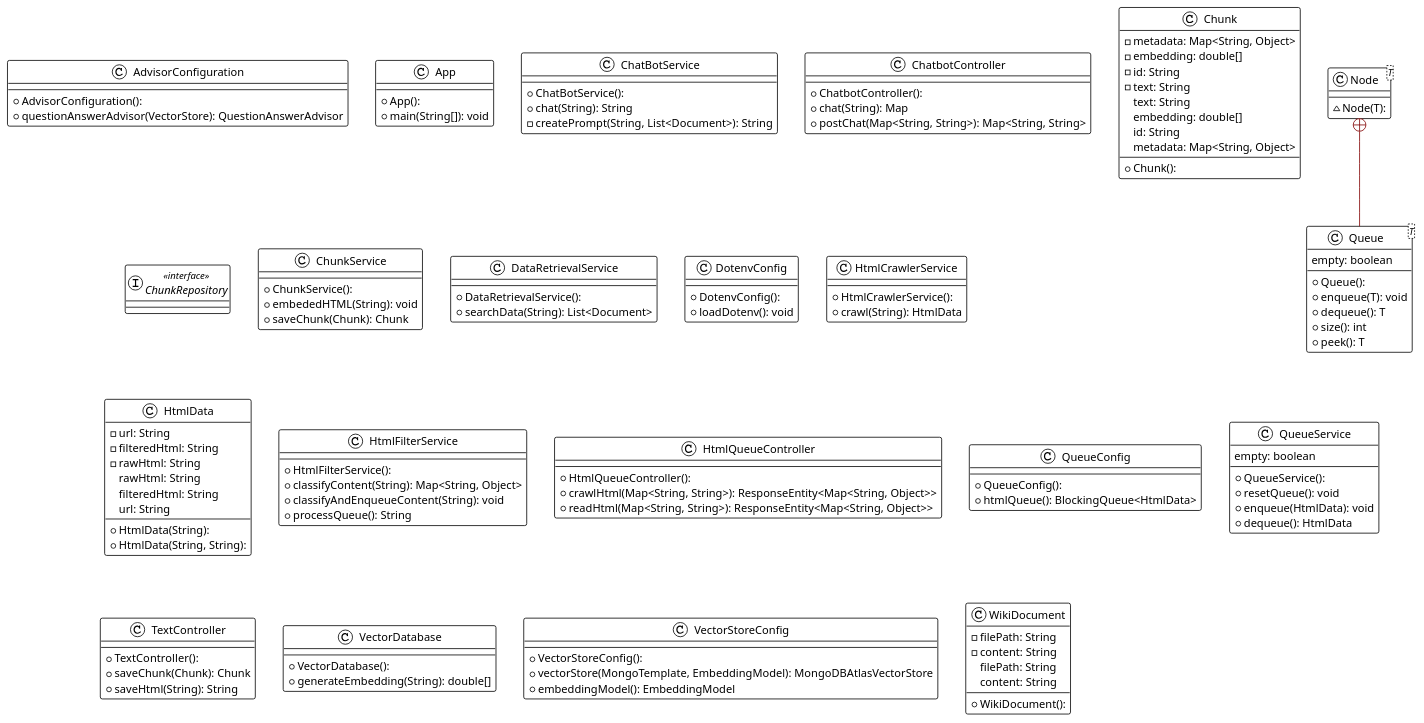
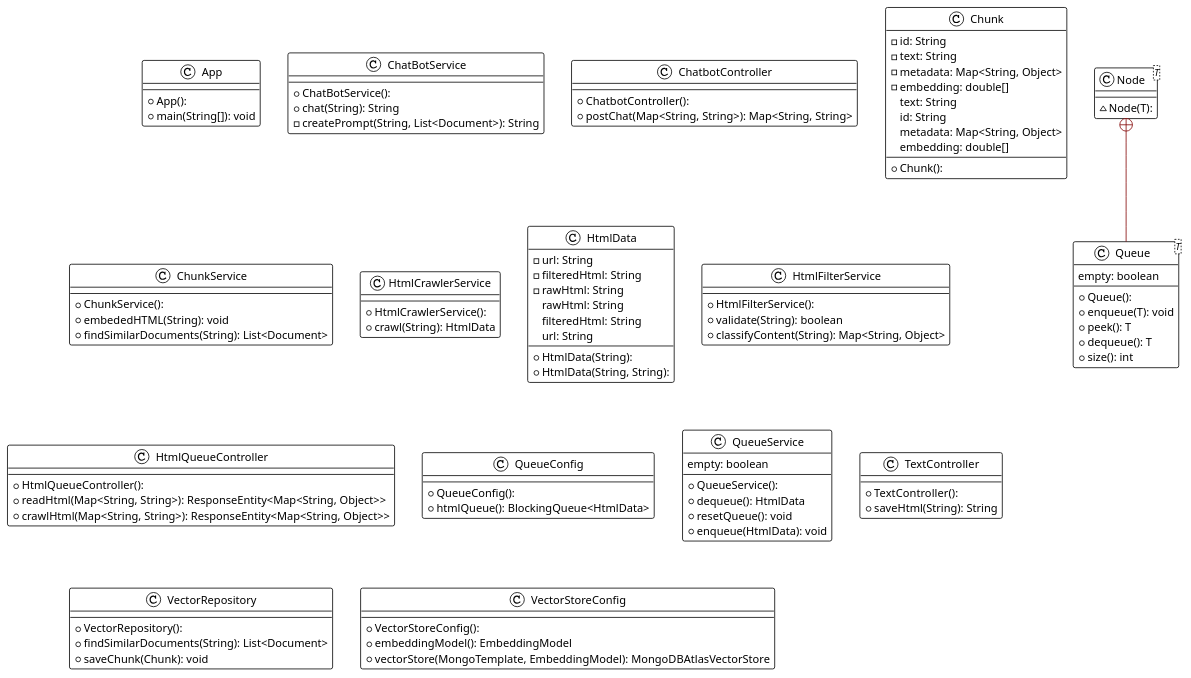
Before and after one commit to dinhtanloc/Scrawler-Web-data-using-DSA-Algorithm: the diagram in backend/src/main/resources/uml/system-architecture.plantuml, drawn with PlantUML. The commit also changed 1 other file, not shown here.

Commit message:
update plantUML

```diff
--- a/backend/src/main/resources/uml/system-architecture.plantuml
+++ b/backend/src/main/resources/uml/system-architecture.plantuml
@@ -1,120 +1,98 @@
 @startuml
 
 !theme plain
 top to bottom direction
 skinparam linetype ortho
 
-class AdvisorConfiguration {
-  + AdvisorConfiguration(): 
-  + questionAnswerAdvisor(VectorStore): QuestionAnswerAdvisor
-}
 class App {
   + App(): 
   + main(String[]): void
 }
 class ChatBotService {
   + ChatBotService(): 
   + chat(String): String
   - createPrompt(String, List<Document>): String
 }
 class ChatbotController {
   + ChatbotController(): 
-  + chat(String): Map
   + postChat(Map<String, String>): Map<String, String>
 }
 class Chunk {
   + Chunk(): 
+  - id: String
+  - text: String
   - metadata: Map<String, Object>
   - embedding: double[]
-  - id: String
-  - text: String
    text: String
-   embedding: double[]
    id: String
    metadata: Map<String, Object>
+   embedding: double[]
 }
-interface ChunkRepository << interface >>
 class ChunkService {
   + ChunkService(): 
   + embededHTML(String): void
-  + saveChunk(Chunk): Chunk
-}
-class DataRetrievalService {
-  + DataRetrievalService(): 
-  + searchData(String): List<Document>
-}
-class DotenvConfig {
-  + DotenvConfig(): 
-  + loadDotenv(): void
+  + findSimilarDocuments(String): List<Document>
 }
 class HtmlCrawlerService {
   + HtmlCrawlerService(): 
   + crawl(String): HtmlData
 }
 class HtmlData {
   + HtmlData(String): 
   + HtmlData(String, String): 
   - url: String
   - filteredHtml: String
   - rawHtml: String
    rawHtml: String
    filteredHtml: String
    url: String
 }
 class HtmlFilterService {
   + HtmlFilterService(): 
+  + validate(String): boolean
   + classifyContent(String): Map<String, Object>
-  + classifyAndEnqueueContent(String): void
-  + processQueue(): String
 }
 class HtmlQueueController {
   + HtmlQueueController(): 
+  + readHtml(Map<String, String>): ResponseEntity<Map<String, Object>>
   + crawlHtml(Map<String, String>): ResponseEntity<Map<String, Object>>
-  + readHtml(Map<String, String>): ResponseEntity<Map<String, Object>>
 }
 class Node<T> {
   ~ Node(T): 
 }
 class Queue<T> {
   + Queue(): 
   + enqueue(T): void
+  + peek(): T
   + dequeue(): T
   + size(): int
-  + peek(): T
    empty: boolean
 }
 class QueueConfig {
   + QueueConfig(): 
   + htmlQueue(): BlockingQueue<HtmlData>
 }
 class QueueService {
   + QueueService(): 
+  + dequeue(): HtmlData
   + resetQueue(): void
   + enqueue(HtmlData): void
-  + dequeue(): HtmlData
    empty: boolean
 }
 class TextController {
   + TextController(): 
-  + saveChunk(Chunk): Chunk
   + saveHtml(String): String
 }
-class VectorDatabase {
-  + VectorDatabase(): 
-  + generateEmbedding(String): double[]
+class VectorRepository {
+  + VectorRepository(): 
+  + findSimilarDocuments(String): List<Document>
+  + saveChunk(Chunk): void
 }
 class VectorStoreConfig {
   + VectorStoreConfig(): 
+  + embeddingModel(): EmbeddingModel
   + vectorStore(MongoTemplate, EmbeddingModel): MongoDBAtlasVectorStore
-  + embeddingModel(): EmbeddingModel
-}
-class WikiDocument {
-  + WikiDocument(): 
-  - filePath: String
-  - content: String
-   filePath: String
-   content: String
 }
 
-Node                  +-[#820000,plain]-  Queue                
+Node                 +-[#820000,plain]-  Queue               
 @enduml
```
